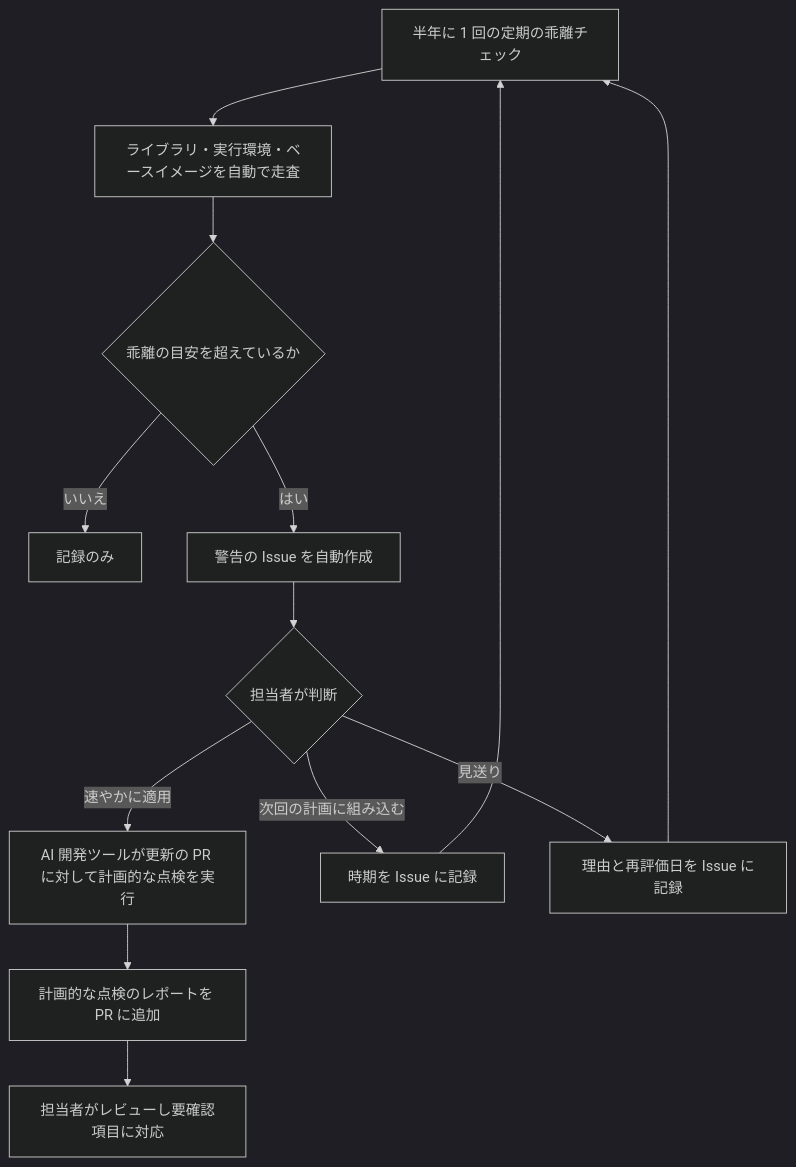
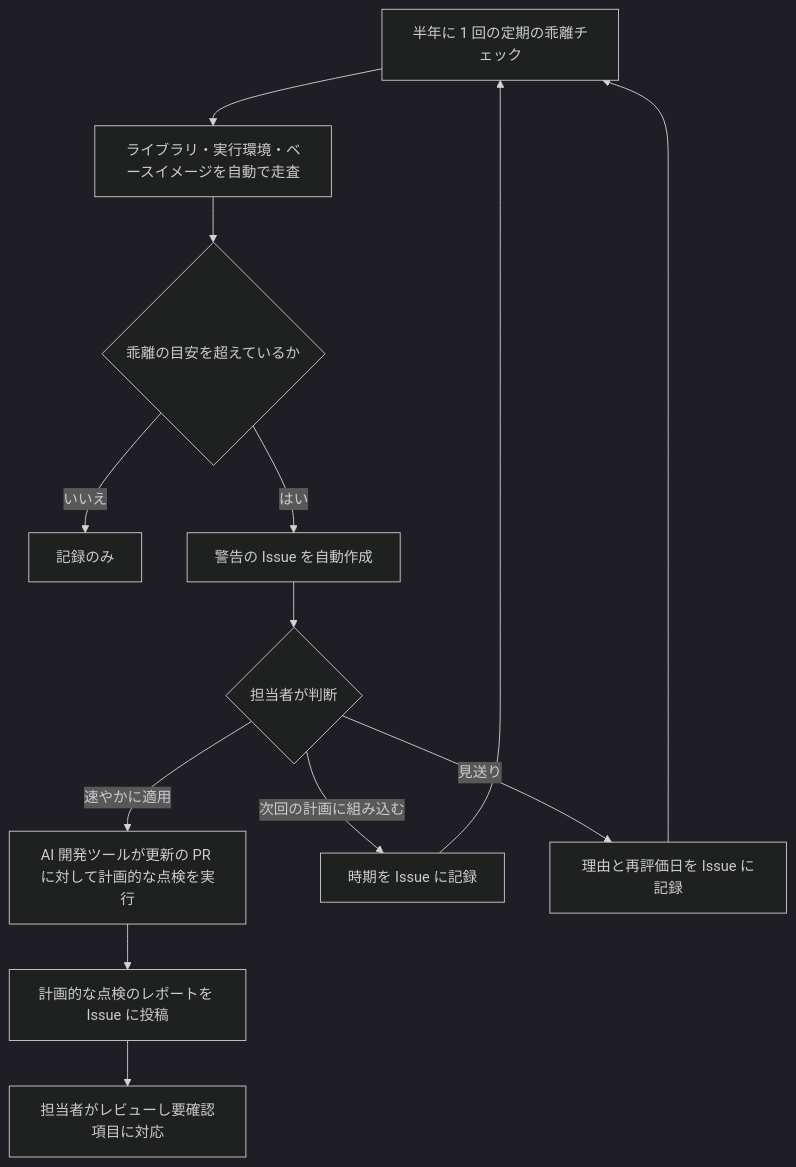
The second of 2 diagrams in docs/patch-regression-test-guideline.md (doikota/agent-skills), drawn with Mermaid (dark theme) before and after one commit. The commit also changed other lines of this file and 7 other files, not shown here.

````diff
--- a/docs/patch-regression-test-guideline.md
+++ b/docs/patch-regression-test-guideline.md
@@ -249,15 +250,15 @@
 ```mermaid
 flowchart TD
   A[半年に 1 回の定期の乖離チェック] --> B[ライブラリ・実行環境・ベースイメージを自動で走査]
   B --> C{乖離の目安を超えているか}
   C -- いいえ --> D[記録のみ]
   C -- はい --> E[警告の Issue を自動作成]
   E --> F{担当者が判断}
   F -- 速やかに適用 --> G[AI 開発ツールが更新の PR に対して計画的な点検を実行]
-  G --> P[計画的な点検のレポートを PR に追加]
+  G --> P[計画的な点検のレポートを Issue に投稿]
   P --> V[担当者がレビューし要確認項目に対応]
   F -- 次回の計画に組み込む --> H[時期を Issue に記録]
   F -- 見送り --> I[理由と再評価日を Issue に記録]
   H --> A
   I --> A
 ```
````
